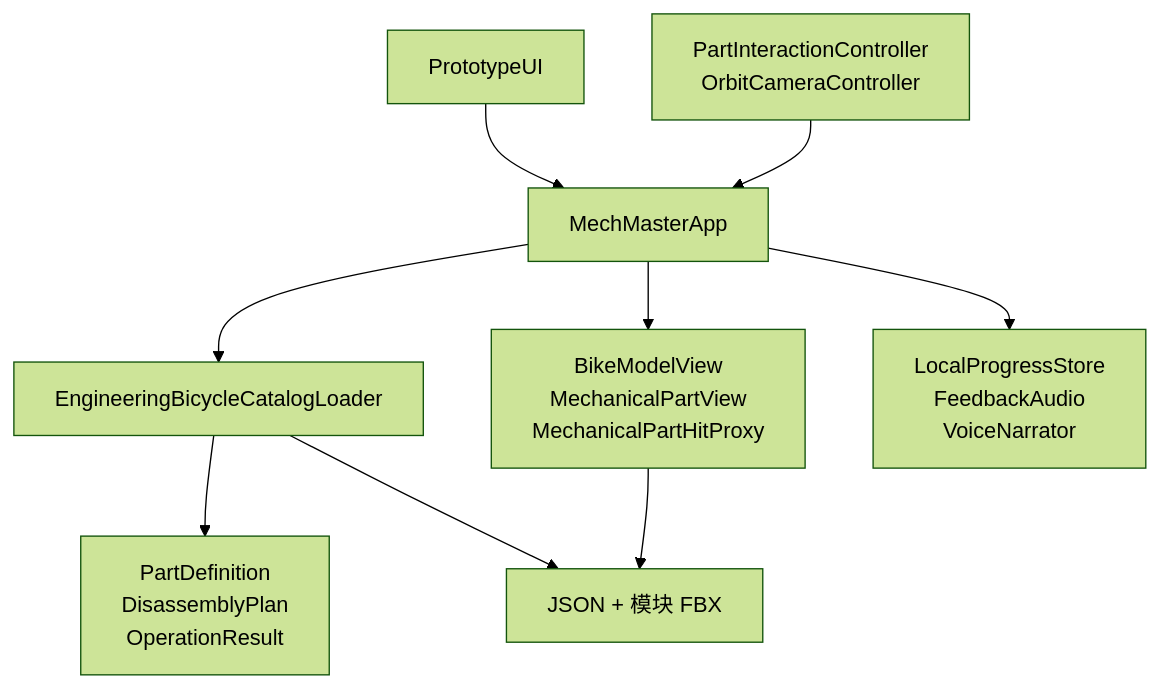
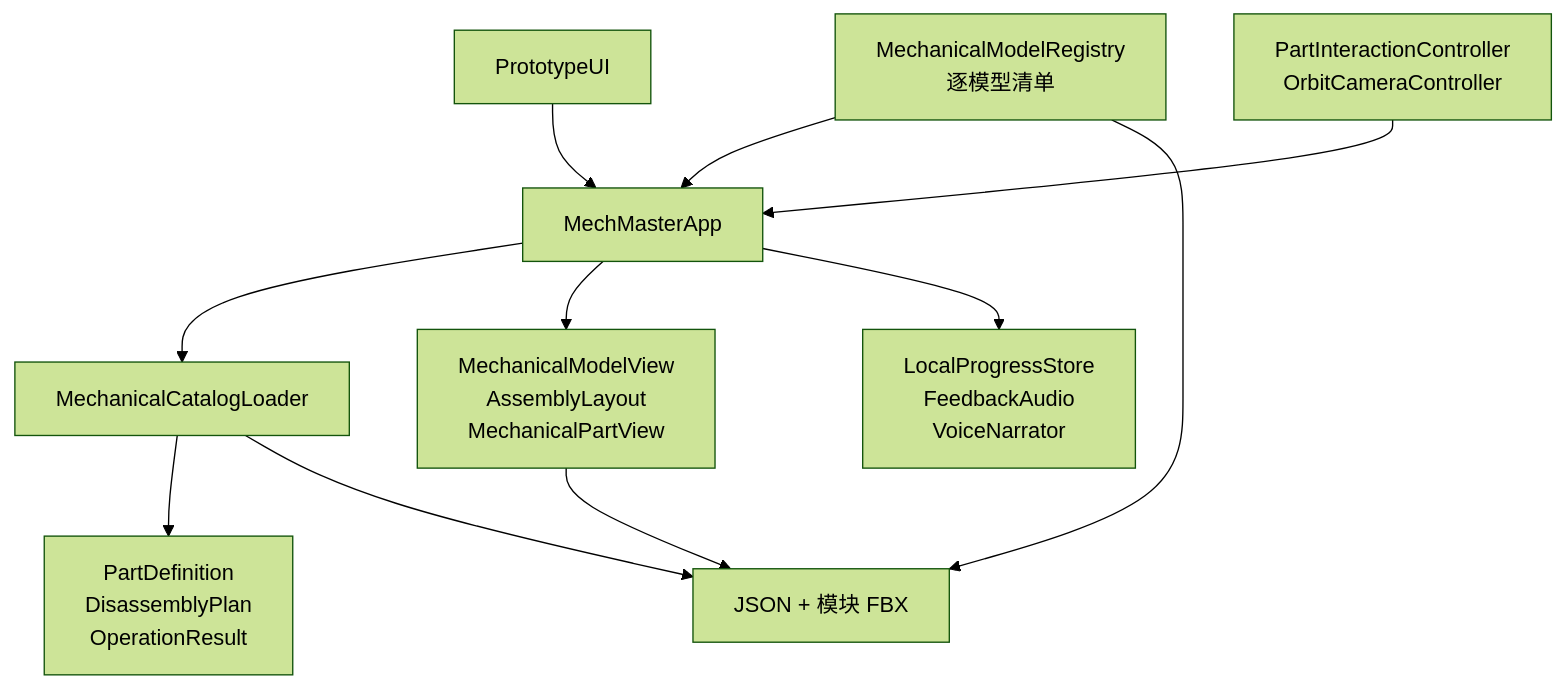
One commit to arsene56/mech-master changed the second of 3 diagrams in Docs/ARCHITECTURE.md. Above: the diagram before and after it, drawn with Mermaid (forest theme). The commit also changed other lines of this file and 26 other files, not shown here.

````diff
--- a/Docs/ARCHITECTURE.md
+++ b/Docs/ARCHITECTURE.md
@@ -38,20 +38,23 @@
 ```mermaid
 flowchart TB
     UI[PrototypeUI]
     Input[PartInteractionController<br/>OrbitCameraController]
     App[MechMasterApp]
-    Loader[EngineeringBicycleCatalogLoader]
+    Registry[MechanicalModelRegistry<br/>逐模型清单]
+    Loader[MechanicalCatalogLoader]
     Domain[PartDefinition<br/>DisassemblyPlan<br/>OperationResult]
-    Binding[BikeModelView<br/>MechanicalPartView<br/>MechanicalPartHitProxy]
+    Binding[MechanicalModelView<br/>AssemblyLayout<br/>MechanicalPartView]
     Infra[LocalProgressStore<br/>FeedbackAudio<br/>VoiceNarrator]
     Assets[JSON + 模块 FBX]
 
     UI --> App
     Input --> App
+    Registry --> App
     App --> Loader
     Loader --> Domain
+    Registry --> Assets
     Loader --> Assets
     App --> Binding
     Binding --> Assets
     App --> Infra
 ```
````
